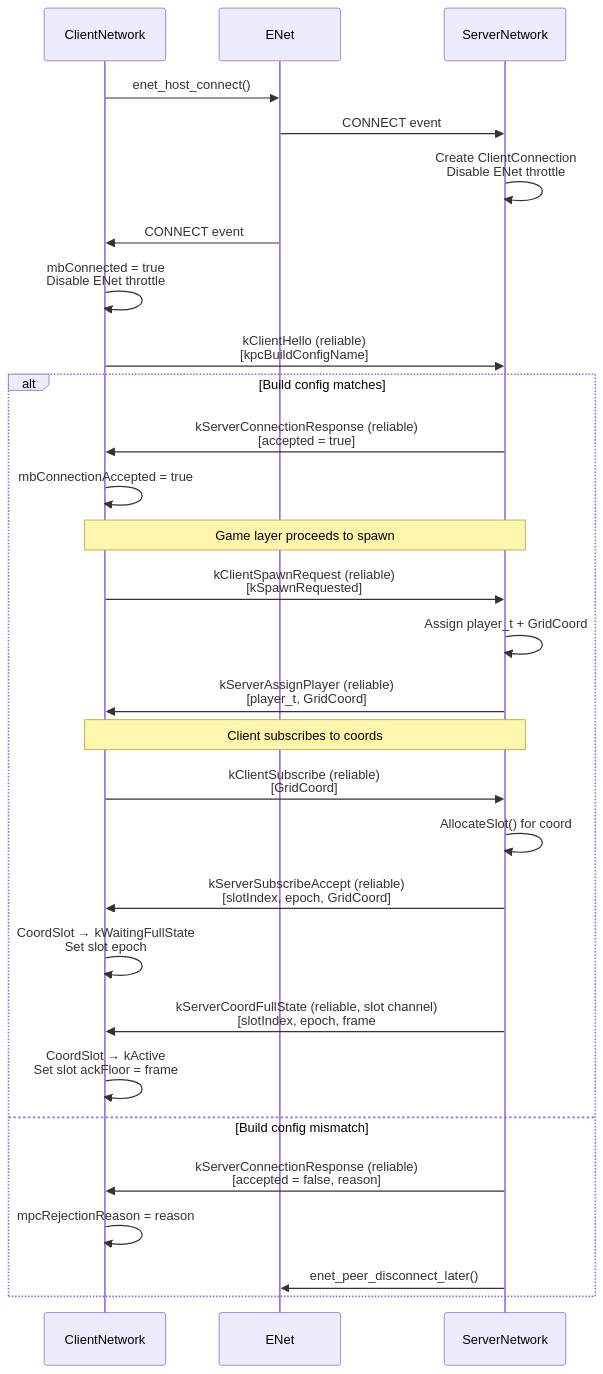
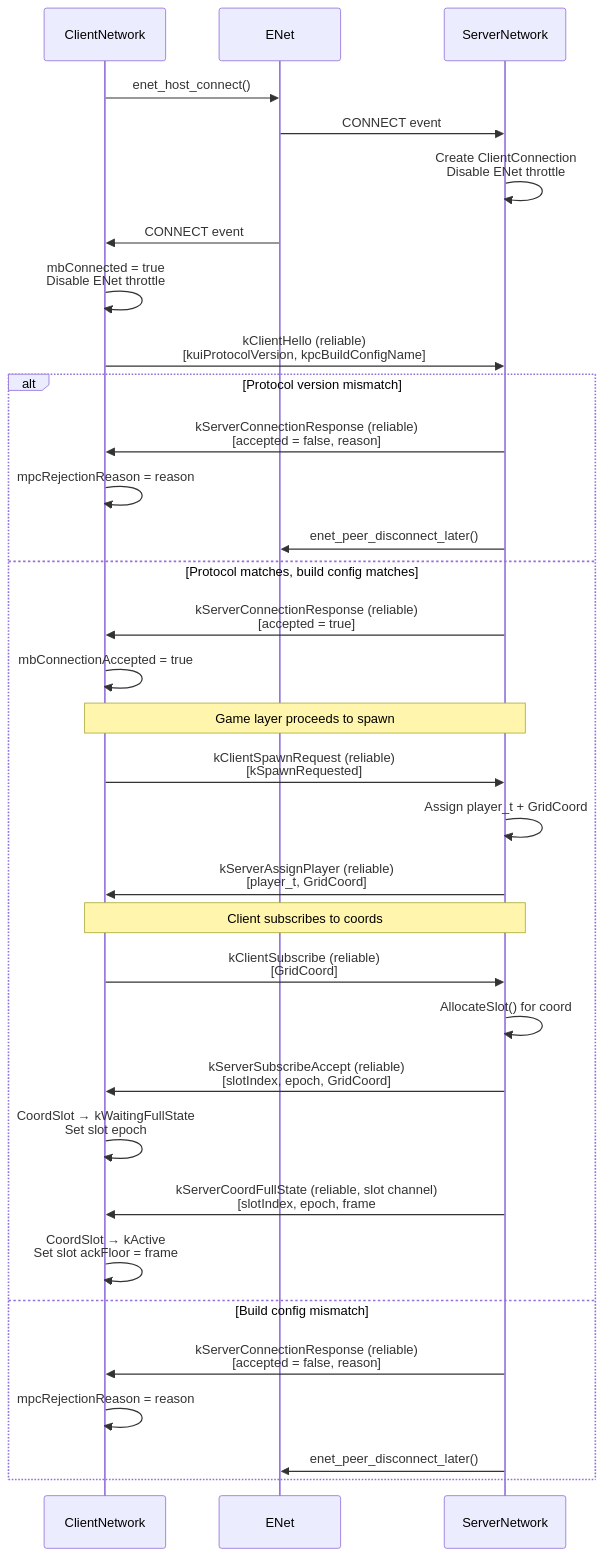
Before and after one commit to DougTanner/BrokenEnginePublic: the second of 6 diagrams in Documents/Architecture/Network.md, drawn with Mermaid. The commit also changed other lines of this file and 116 other files, not shown here.

````diff
--- a/Documents/Architecture/Network.md
+++ b/Documents/Architecture/Network.md
@@ -64,36 +71,40 @@
 ```mermaid
 %%{init: {'theme': 'default'}}%%
 sequenceDiagram
     participant C as ClientNetwork
     participant E as ENet
     participant S as ServerNetwork
 
     C->>E: enet_host_connect()
     E->>S: CONNECT event
     S->>S: Create ClientConnection<br/>Disable ENet throttle
 
     E->>C: CONNECT event
     C->>C: mbConnected = true<br/>Disable ENet throttle
 
-    C->>S: kClientHello (reliable)<br/>[kpcBuildConfigName]
+    C->>S: kClientHello (reliable)<br/>[kuiProtocolVersion, kpcBuildConfigName]
 
-    alt Build config matches
+    alt Protocol version mismatch
+        S->>C: kServerConnectionResponse (reliable)<br/>[accepted = false, reason]
+        C->>C: mpcRejectionReason = reason
+        S->>E: enet_peer_disconnect_later()
+    else Protocol matches, build config matches
         S->>C: kServerConnectionResponse (reliable)<br/>[accepted = true]
         C->>C: mbConnectionAccepted = true
         Note over C,S: Game layer proceeds to spawn
         C->>S: kClientSpawnRequest (reliable)<br/>[kSpawnRequested]
         S->>S: Assign player_t + GridCoord
         S->>C: kServerAssignPlayer (reliable)<br/>[player_t, GridCoord]
         Note over C,S: Client subscribes to coords
         C->>S: kClientSubscribe (reliable)<br/>[GridCoord]
         S->>S: AllocateSlot() for coord
         S->>C: kServerSubscribeAccept (reliable)<br/>[slotIndex, epoch, GridCoord]
         C->>C: CoordSlot → kWaitingFullState<br/>Set slot epoch
         S->>C: kServerCoordFullState (reliable, slot channel)<br/>[slotIndex, epoch, frame#, coord, LZ4-compressed Frame]
         C->>C: CoordSlot → kActive<br/>Set slot ackFloor = frame#, epoch
     else Build config mismatch
         S->>C: kServerConnectionResponse (reliable)<br/>[accepted = false, reason]
         C->>C: mpcRejectionReason = reason
         S->>E: enet_peer_disconnect_later()
     end
 ```
````
